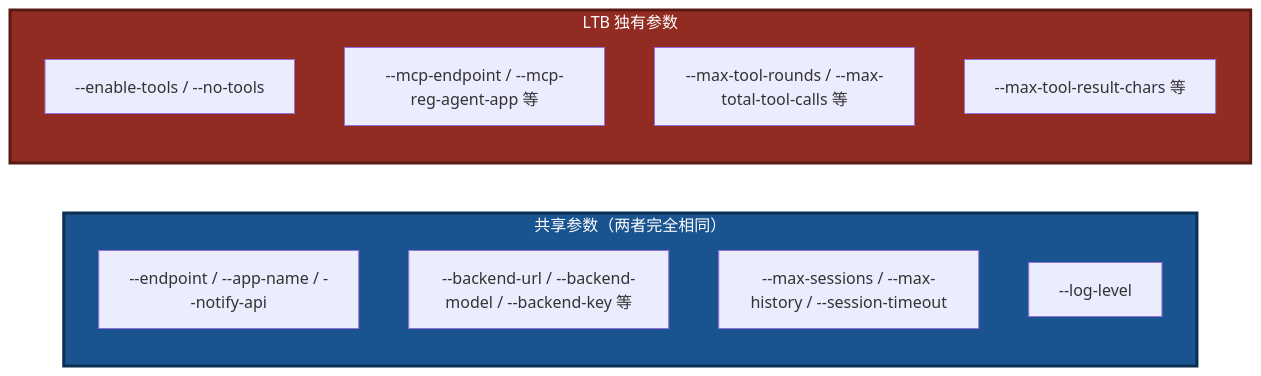
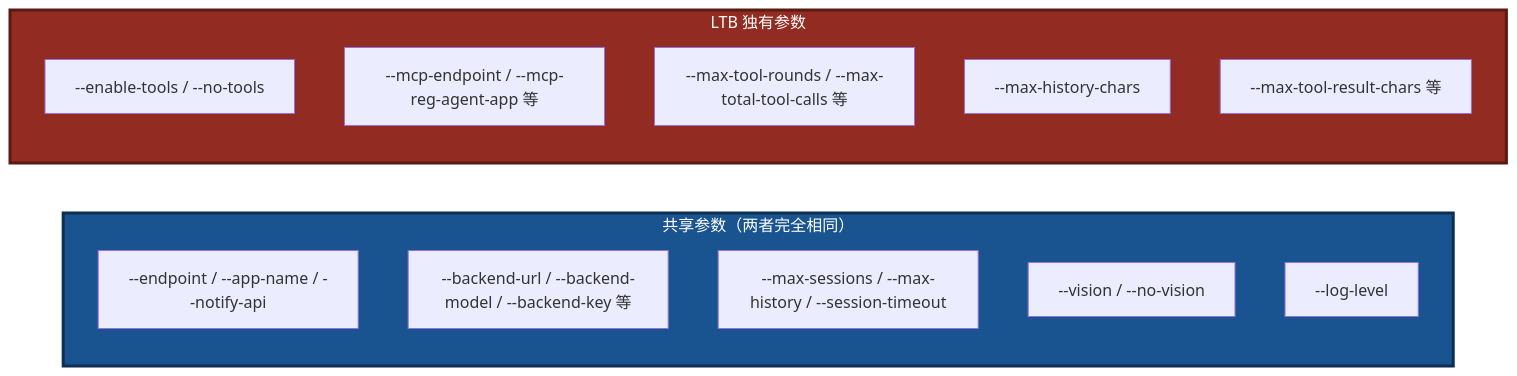
One commit to PassByYou888/LingoFuse-pasAgent-v3 changed the fourth of 6 diagrams in src/LingoFuse_LLM_Proxy_Tool_CLI_Guide.md. Above: the diagram before and after it, drawn with Mermaid. The commit also changed other lines of this file, not shown here.

````diff
--- a/src/LingoFuse_LLM_Proxy_Tool_CLI_Guide.md
+++ b/src/LingoFuse_LLM_Proxy_Tool_CLI_Guide.md
@@ -120,19 +142,21 @@
 ```mermaid
 flowchart LR
     subgraph Common["共享参数（两者完全相同）"]
         C1["--endpoint / --app-name / --notify-api"]
         C2["--backend-url / --backend-model / --backend-key 等"]
         C3["--max-sessions / --max-history / --session-timeout"]
-        C4["--log-level"]
+        C4["--vision / --no-vision"]
+        C5["--log-level"]
     end
 
     subgraph LTBOnly["LTB 独有参数"]
         L1["--enable-tools / --no-tools"]
         L2["--mcp-endpoint / --mcp-reg-agent-app 等"]
         L3["--max-tool-rounds / --max-total-tool-calls 等"]
-        L4["--max-tool-result-chars 等"]
+        L4["--max-history-chars"]
+        L5["--max-tool-result-chars 等"]
     end
 
     style Common fill:#1A5490,stroke:#0D2F52,stroke-width:3px,color:#FFFFFF
     style LTBOnly fill:#922B21,stroke:#5A1A14,stroke-width:3px,color:#FFFFFF
 ```
````
